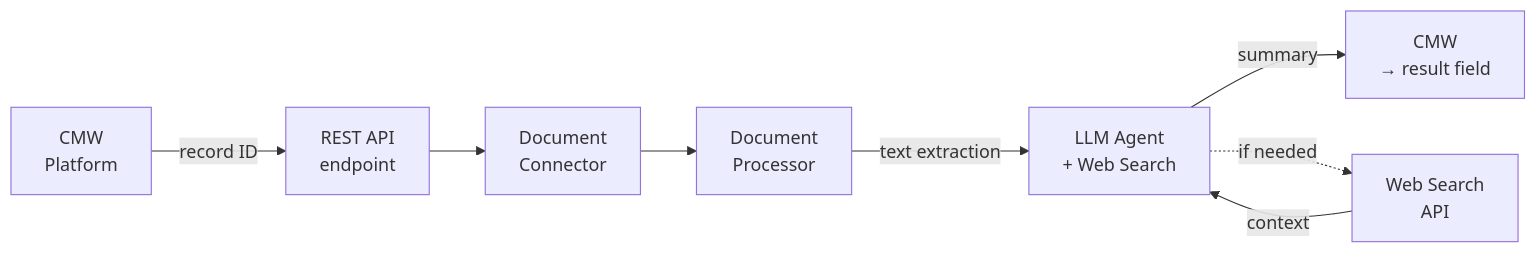
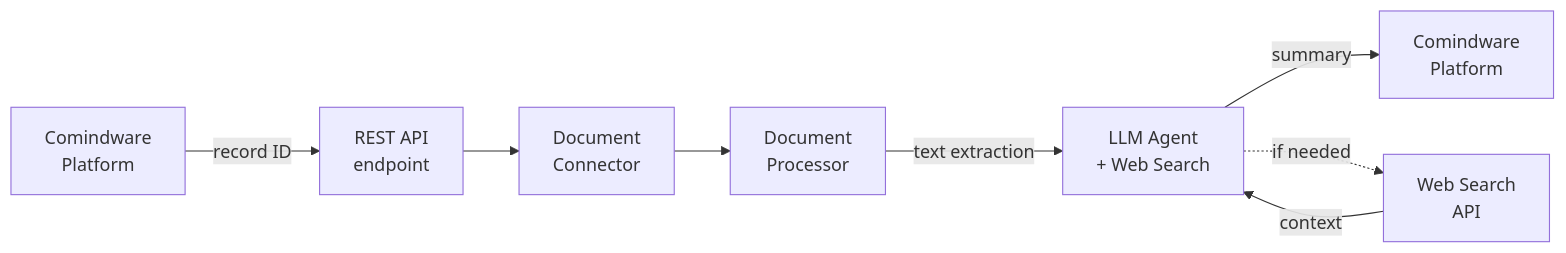
Before and after one commit to arterm-sedov/cmw-rag: the diagram in docs/research/executive-research-technology-transfer/report-pack/20260420-document-agent-architecture-ru.md, drawn with Mermaid. The commit also changed other lines of this file, not shown here.

Commit message:
docs: add bold to Comindware Platform throughout report

````diff
--- a/docs/research/executive-research-technology-transfer/report-pack/20260420-document-agent-architecture-ru.md
+++ b/docs/research/executive-research-technology-transfer/report-pack/20260420-document-agent-architecture-ru.md
@@ -48,11 +48,11 @@
 ```mermaid
 graph LR
-    A[CMW<br/>Platform] -->|record ID| B[REST API<br/>endpoint]
+    A[Comindware<br/>Platform] -->|record ID| B[REST API<br/>endpoint]
     B --> C[Document<br/>Connector]
     C --> D[Document<br/>Processor]
     D -->|text extraction| E[LLM Agent<br/>+ Web Search]
-    E -->|summary| F[CMW<br/>→ result field]
+    E -->|summary| F[Comindware<br/>Platform]
     
     E -.->|if needed| G[Web Search<br/>API]
     G -->|context| E
 ```
````
